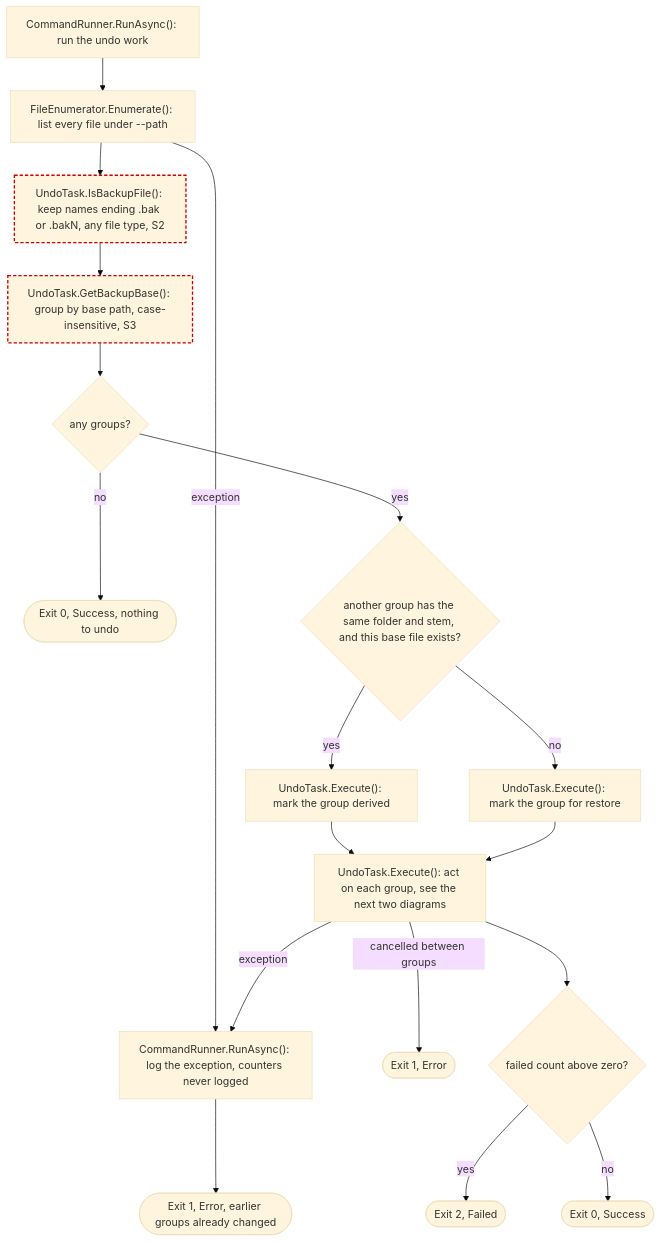
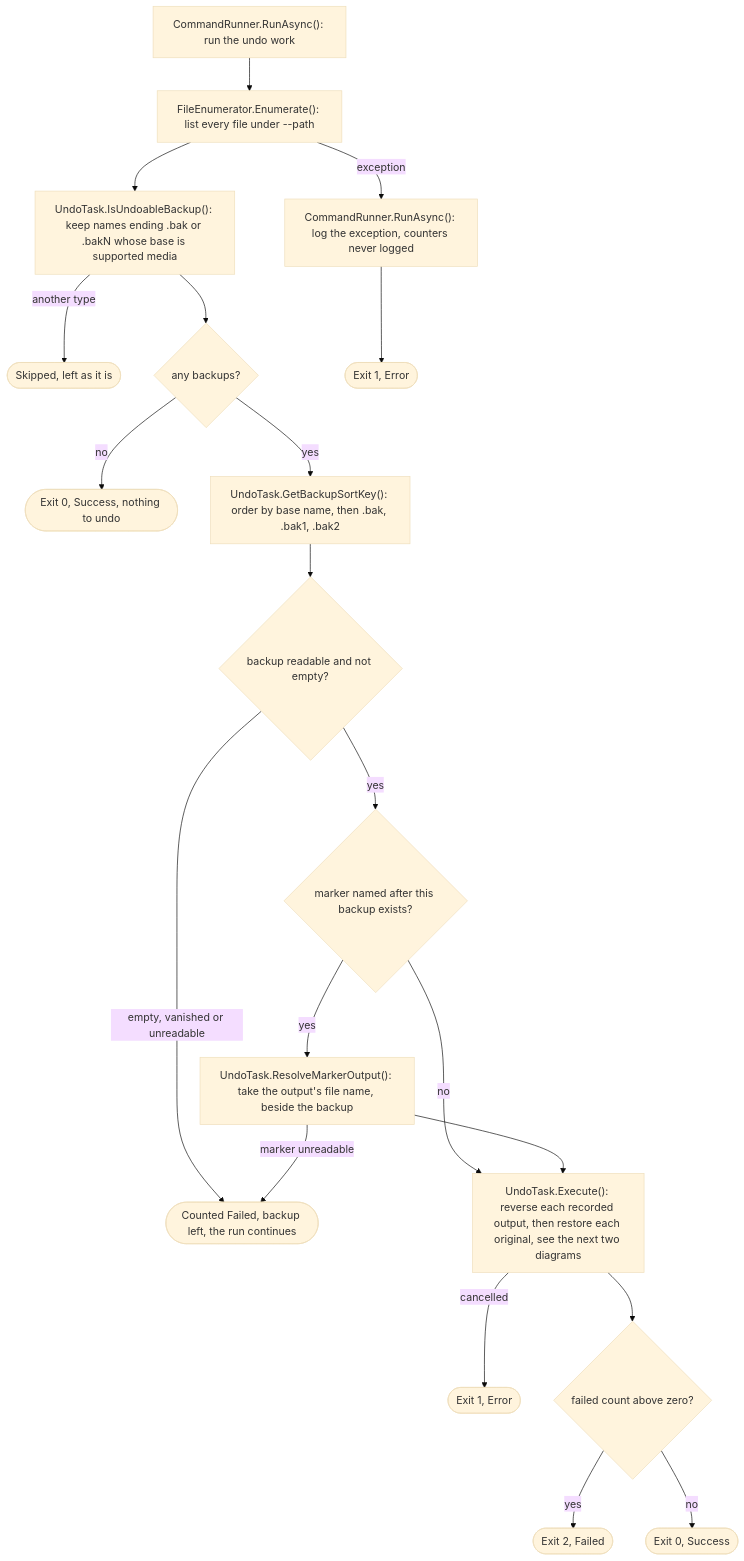
One commit to ptr727/PhotoCleaner changed diagram 19 of 23 in ARCHITECTURE.md. Above: the diagram before and after it, drawn with Mermaid (base theme). The commit also changed other lines of this file and 7 other files, not shown here.

First line of the commit message:
Undo Only What Process Recorded, and Never Delete an Original (#332)

````diff
--- a/ARCHITECTURE.md
+++ b/ARCHITECTURE.md
@@ -972,21 +987,22 @@
 ```mermaid
 flowchart TD
   U1["CommandRunner.RunAsync(): run the undo work"] --> U2["FileEnumerator.Enumerate(): list every file under --path"]
   U2 -->|"exception"| UE
-  U2 --> U3["UndoTask.IsBackupFile(): keep names ending .bak or .bakN, any file type, S2"]:::suspect
-  U3 --> U4["UndoTask.GetBackupBase(): group by base path, case-insensitive, S3"]:::suspect
-  U4 --> U5{"any groups?"}
+  U2 --> U3["UndoTask.IsUndoableBackup(): keep names ending .bak or .bakN whose base is supported media"]
+  U3 -->|"another type"| U4(["Skipped, left as it is"])
+  U3 --> U5{"any backups?"}
   U5 -->|"no"| U6(["Exit 0, Success, nothing to undo"])
-  U5 -->|"yes"| U7{"another group has the same folder and stem, and this base file exists?"}
-  U7 -->|"yes"| U8["UndoTask.Execute(): mark the group derived"]
-  U7 -->|"no"| U9["UndoTask.Execute(): mark the group for restore"]
-  U8 --> U10["UndoTask.Execute(): act on each group, see the next two diagrams"]
-  U9 --> U10
-  U10 -->|"cancelled between groups"| U11(["Exit 1, Error"])
-  U10 -->|"exception"| UE
-  U10 --> U12{"failed count above zero?"}
-  U12 -->|"yes"| U13(["Exit 2, Failed"])
-  U12 -->|"no"| U14(["Exit 0, Success"])
-  UE["CommandRunner.RunAsync(): log the exception, counters never logged"] --> U15(["Exit 1, Error, earlier groups already changed"])
-  classDef suspect stroke:#c00,stroke-width:2px,stroke-dasharray:5 3
+  U5 -->|"yes"| U7["UndoTask.GetBackupSortKey(): order by base name, then .bak, .bak1, .bak2"]
+  U7 --> U8{"backup readable and not empty?"}
+  U8 -->|"empty, vanished or unreadable"| U9(["Counted Failed, backup left, the run continues"])
+  U8 -->|"yes"| U10{"marker named after this backup exists?"}
+  U10 -->|"no"| U13
+  U10 -->|"yes"| U11["UndoTask.ResolveMarkerOutput(): take the output's file name, beside the backup"]
+  U11 -->|"marker unreadable"| U9
+  U11 --> U13["UndoTask.Execute(): reverse each recorded output, then restore each original, see the next two diagrams"]
+  U13 -->|"cancelled"| U14(["Exit 1, Error"])
+  U13 --> U15{"failed count above zero?"}
+  U15 -->|"yes"| U16(["Exit 2, Failed"])
+  U15 -->|"no"| U17(["Exit 0, Success"])
+  UE["CommandRunner.RunAsync(): log the exception, counters never logged"] --> U18(["Exit 1, Error"])
 ```
````
